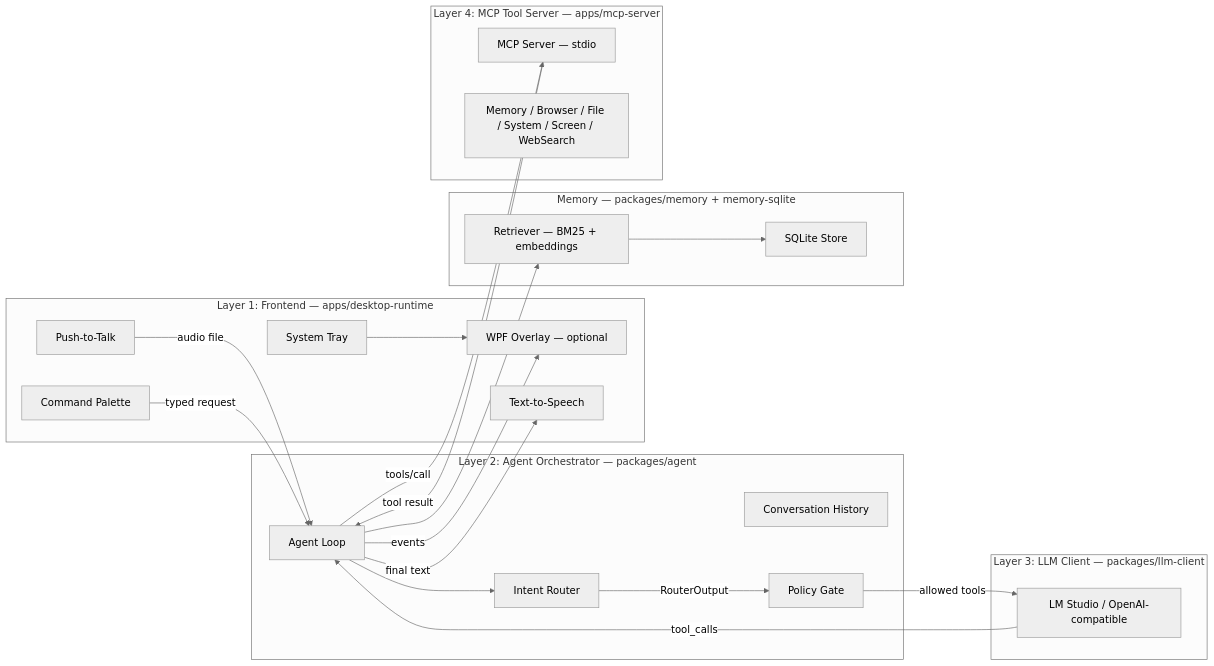
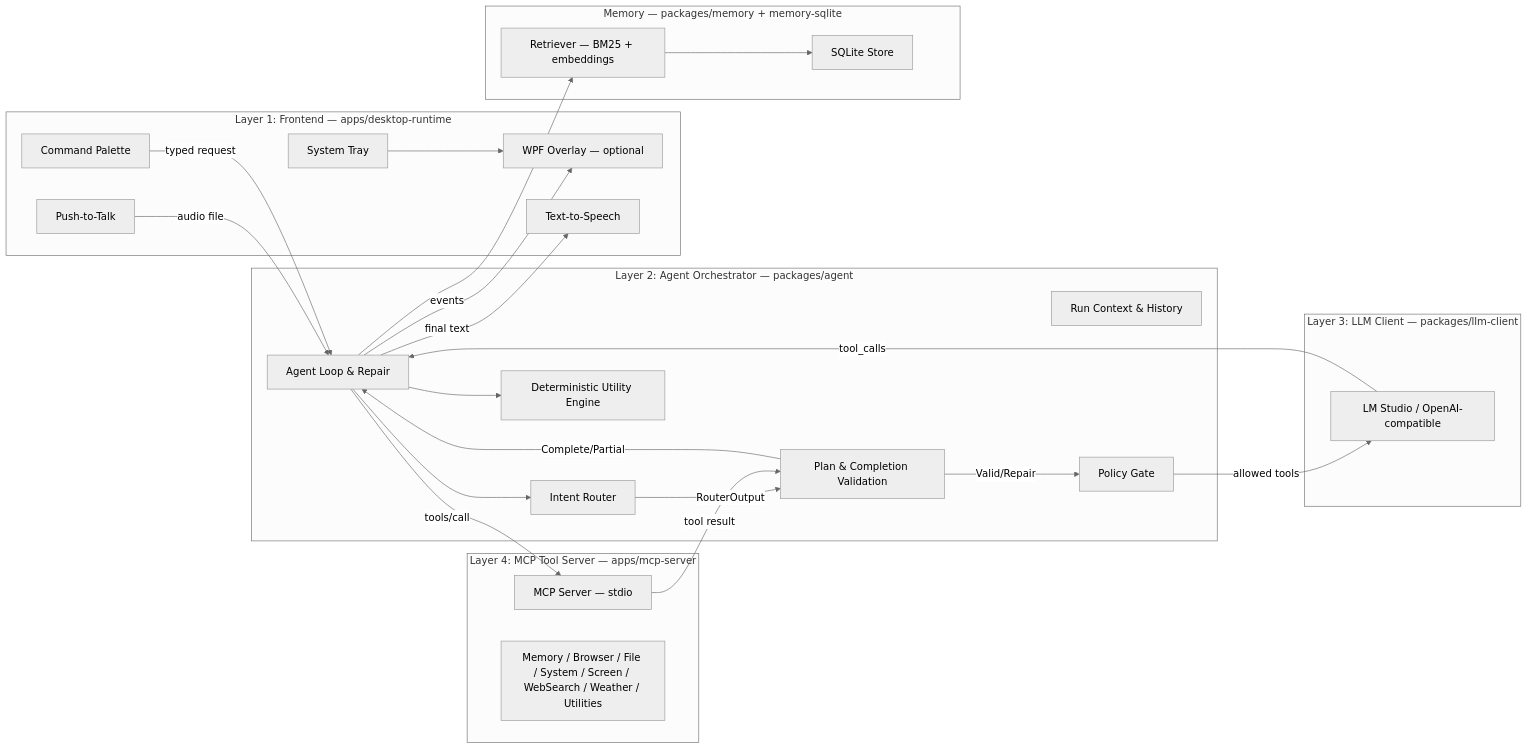
One commit to raydeStar/sir-thaddeus changed the diagram in README.md. Above: the diagram before and after it, drawn with Mermaid (neutral theme). The commit also changed other lines of this file and 32 other files, not shown here.

````diff
--- a/README.md
+++ b/README.md
@@ -123,43 +123,48 @@
 ```mermaid
 flowchart LR
   subgraph frontend [Layer 1: Frontend — apps/desktop-runtime]
     Tray[System Tray]
     Overlay[WPF Overlay — optional]
     PTT[Push-to-Talk]
     TTS[Text-to-Speech]
     Palette[Command Palette]
   end
 
   subgraph agent [Layer 2: Agent Orchestrator — packages/agent]
-    Loop[Agent Loop]
-    Context[Conversation History]
+    Loop[Agent Loop & Repair]
+    Context[Run Context & History]
     Router[Intent Router]
     Gate[Policy Gate]
+    Validation[Plan & Completion Validation]
+    Utilities[Deterministic Utility Engine]
   end
 
   subgraph llm [Layer 3: LLM Client — packages/llm-client]
     LmStudio[LM Studio / OpenAI-compatible]
   end
 
   subgraph memory [Memory — packages/memory + memory-sqlite]
     Store[SQLite Store]
     Retriever[Retriever — BM25 + embeddings]
   end
 
   subgraph mcp [Layer 4: MCP Tool Server — apps/mcp-server]
     Server[MCP Server — stdio]
-    Tools[Memory / Browser / File / System / Screen / WebSearch]
+    Tools[Memory / Browser / File / System / Screen / WebSearch / Weather / Utilities]
   end
 
   PTT -->|audio file| Loop
   Palette -->|typed request| Loop
-  Loop --> Router -->|RouterOutput| Gate
+  Loop --> Router -->|RouterOutput| Validation
+  Validation -->|Valid/Repair| Gate
   Gate -->|allowed tools| LmStudio
   LmStudio -->|tool_calls| Loop
   Loop -->|tools/call| Server
-  Server -->|tool result| Loop
+  Server -->|tool result| Validation
+  Validation -->|Complete/Partial| Loop
   Loop --> Retriever --> Store
+  Loop --> Utilities
   Loop -->|final text| TTS
   Loop -->|events| Overlay
   Tray --> Overlay
 ```
````
